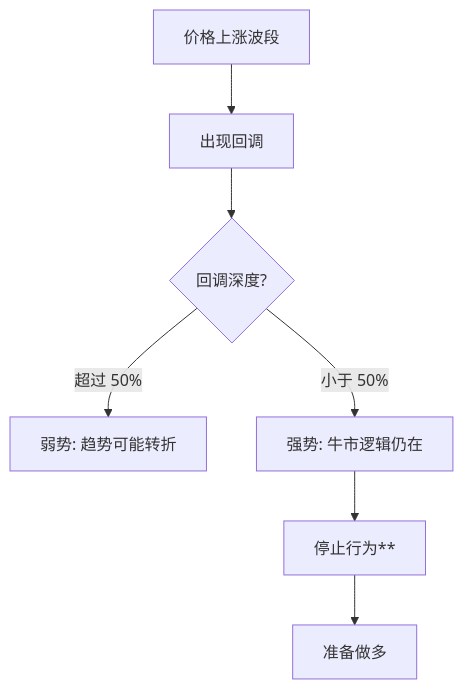
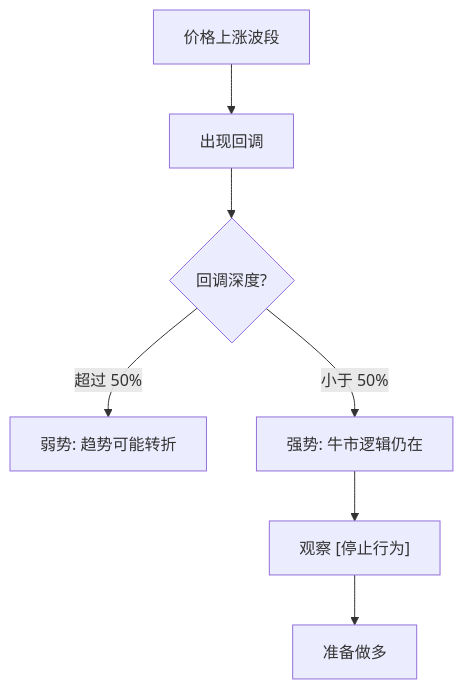
Before and after one commit to bigzhu/Wyckoff: the first of 2 diagrams in docs/第五章_综合分析与实战演练/第七节_Spring失效与进场判定.md, drawn with Mermaid. The commit also changed other lines of this file and 9 other files, not shown here.

````diff
--- a/docs/第五章_综合分析与实战演练/第七节_Spring失效与进场判定.md
+++ b/docs/第五章_综合分析与实战演练/第七节_Spring失效与进场判定.md
@@ -21,8 +21,8 @@
 ```mermaid
 graph TD
-    A[价格上涨波段] --> B[出现回调]
-    B --> C{回调深度?}
-    C -- 超过 50% --> D["弱势: 趋势可能转折"]
-    C -- 小于 50% --> E["强势: 牛市逻辑仍在"]
-    E --> F观察**[停止行为**] --> G[准备做多]
+    A["价格上涨波段"] --> B["出现回调"]
+    B --> C{"回调深度?"}
+    C -->|"超过 50%"| D["弱势: 趋势可能转折"]
+    C -->|"小于 50%"| E["强势: 牛市逻辑仍在"]
+    E --> F["观察 [停止行为]"] --> G["准备做多"]
 ```
````
